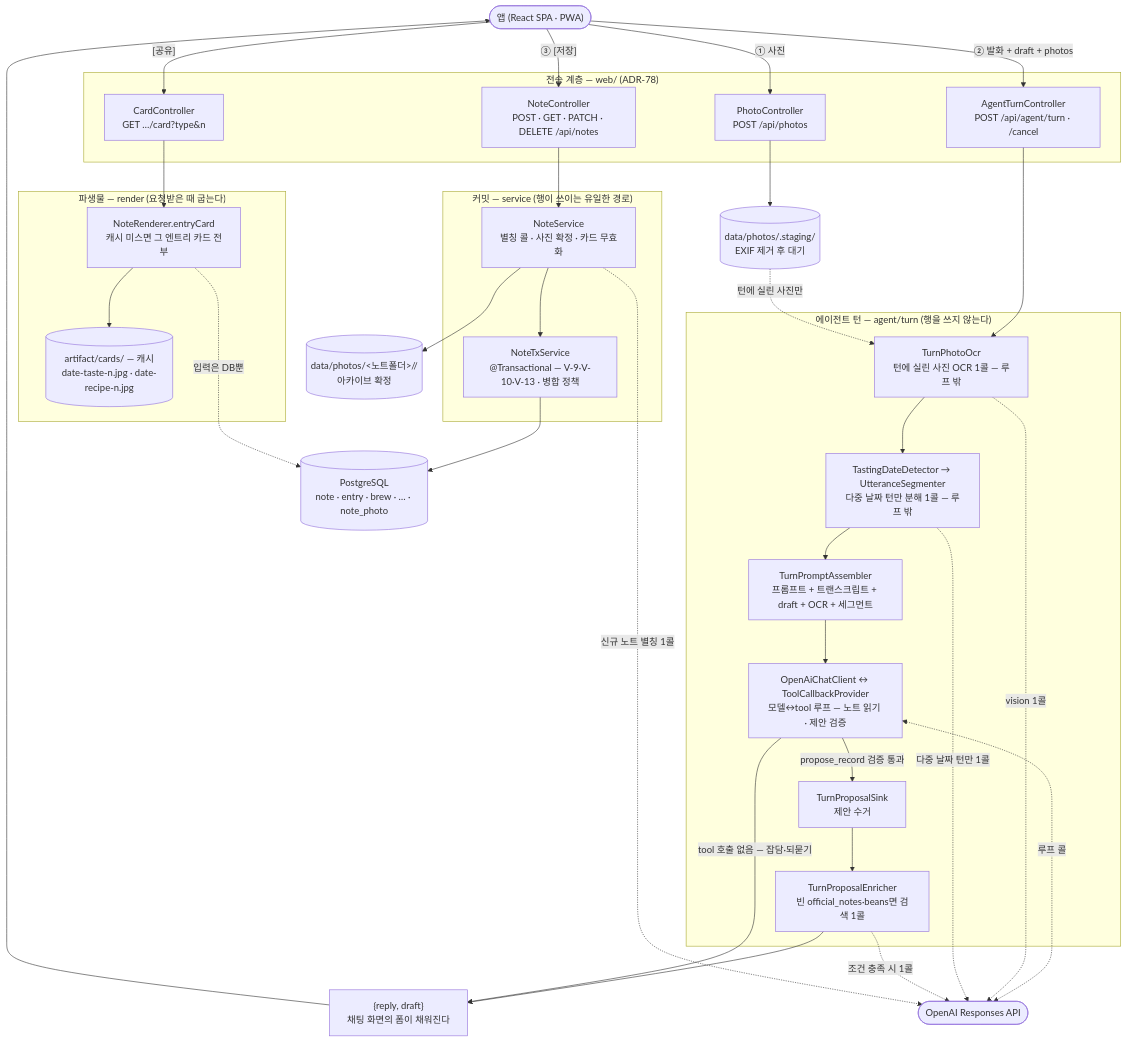
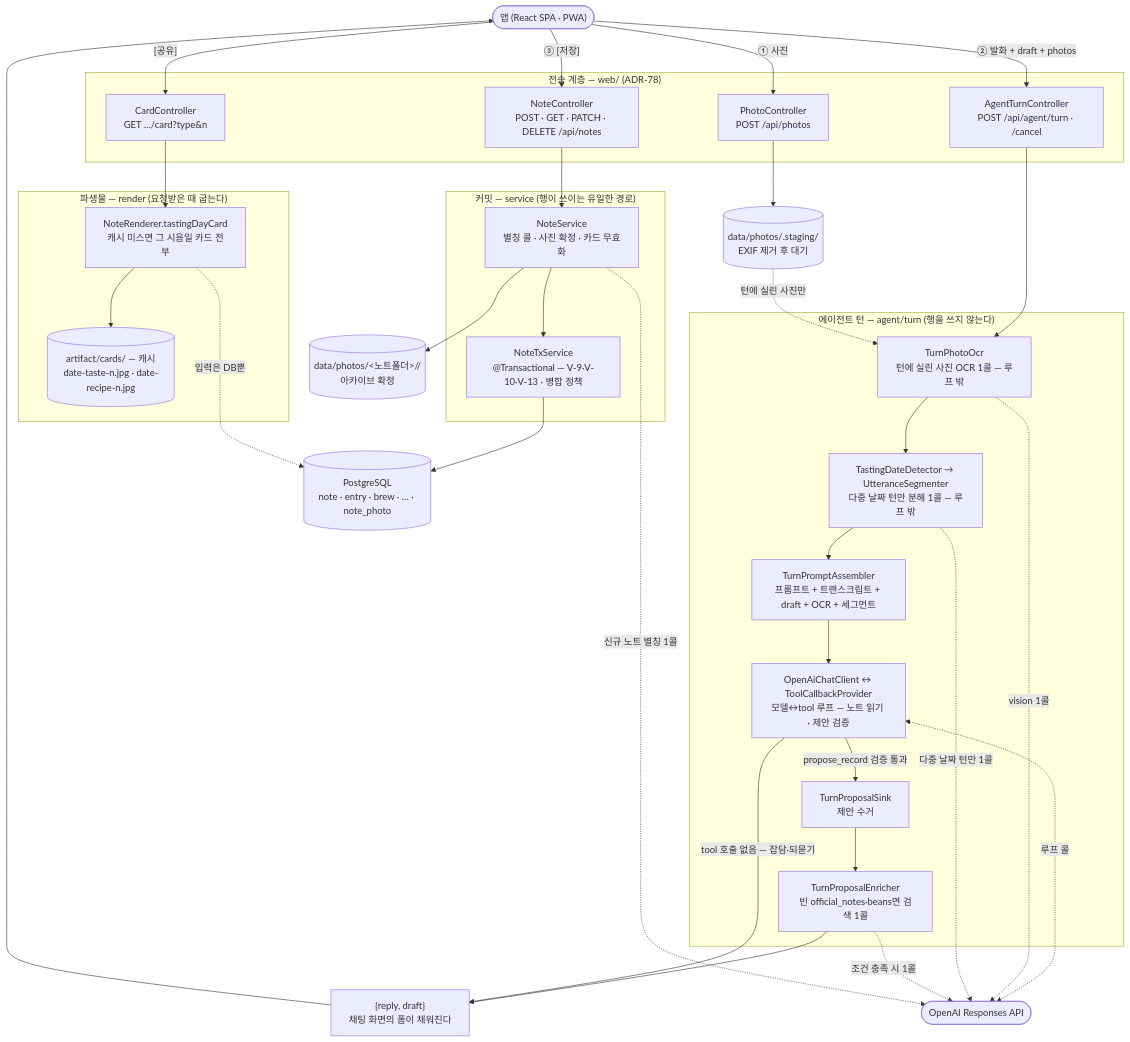
One commit to devwuu/mocha changed the first of 9 diagrams in docs/architecture-classes-and-flows.md. Above: the diagram before and after it, drawn with Mermaid. The commit also changed other lines of this file and 27 other files, not shown here.

````diff
--- a/docs/architecture-classes-and-flows.md
+++ b/docs/architecture-classes-and-flows.md
@@ -103,55 +103,55 @@
 ```mermaid
 flowchart TB
     APP(["앱 (React SPA · PWA)"])
     OPENAI(["OpenAI Responses API"])
 
     subgraph WEB["전송 계층 — web/ (ADR-78)"]
         PHOTOC["PhotoController<br/>POST /api/photos"]
         TURNC["AgentTurnController<br/>POST /api/agent/turn · /cancel"]
         NOTEC["NoteController<br/>POST · GET · PATCH · DELETE /api/notes"]
         CARDC["CardController<br/>GET …/card?type&n"]
     end
 
     STAGING[("data/photos/.staging/<br/>EXIF 제거 후 대기")]
 
     subgraph TURN["에이전트 턴 — agent/turn (행을 쓰지 않는다)"]
         OCR["TurnPhotoOcr<br/>턴에 실린 사진 OCR 1콜 — 루프 밖"]
         SEG["TastingDateDetector → UtteranceSegmenter<br/>다중 날짜 턴만 분해 1콜 — 루프 밖"]
         ASM["TurnPromptAssembler<br/>프롬프트 + 트랜스크립트 + draft + OCR + 세그먼트"]
         LOOP["OpenAiChatClient ↔ ToolCallbackProvider<br/>모델↔tool 루프 — 노트 읽기 · 제안 검증"]
         SINK["TurnProposalSink<br/>제안 수거"]
         ENRICH["TurnProposalEnricher<br/>빈 official_notes·beans면 검색 1콜"]
     end
 
     FORM["{reply, draft}<br/>채팅 화면의 폼이 채워진다"]
 
     subgraph COMMITG["커밋 — service (행이 쓰이는 유일한 경로)"]
         SVC["NoteService<br/>별칭 콜 · 사진 확정 · 카드 무효화"]
         TX["NoteTxService<br/>@Transactional — V-9·V-10·V-13 · 병합 정책"]
     end
 
     DB[("PostgreSQL<br/>note · entry · brew · … · note_photo")]
     ARCHIVE[("data/photos/<노트폴더>/<date>/<br/>아카이브 확정")]
 
     subgraph REN["파생물 — render (요청받은 때 굽는다)"]
-        RENDER["NoteRenderer.entryCard<br/>캐시 미스면 그 엔트리 카드 전부"]
+        RENDER["NoteRenderer.tastingDayCard<br/>캐시 미스면 그 시음일 카드 전부"]
         CARDS[("artifact/cards/ — 캐시<br/>date-taste-n.jpg · date-recipe-n.jpg")]
     end
 
     APP -->|"① 사진"| PHOTOC --> STAGING
     APP -->|"② 발화 + draft + photos"| TURNC --> OCR --> SEG --> ASM --> LOOP
     STAGING -.->|"턴에 실린 사진만"| OCR
     LOOP -->|"propose_record 검증 통과"| SINK --> ENRICH --> FORM
     LOOP -->|"tool 호출 없음 — 잡담·되묻기"| FORM
     FORM --> APP
     APP -->|"③ [저장]"| NOTEC --> SVC --> TX --> DB
     SVC --> ARCHIVE
     APP -->|"[공유]"| CARDC --> RENDER --> CARDS
     RENDER -.->|"입력은 DB뿐"| DB
 
     LOOP <-.->|"루프 콜"| OPENAI
     OCR -.->|"vision 1콜"| OPENAI
     SEG -.->|"다중 날짜 턴만 1콜"| OPENAI
     ENRICH -.->|"조건 충족 시 1콜"| OPENAI
     SVC -.->|"신규 노트 별칭 1콜"| OPENAI
 ```
````
